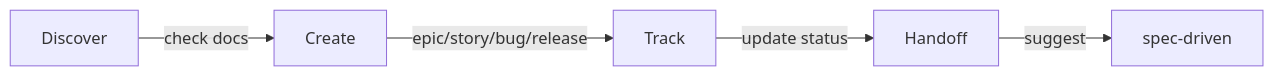
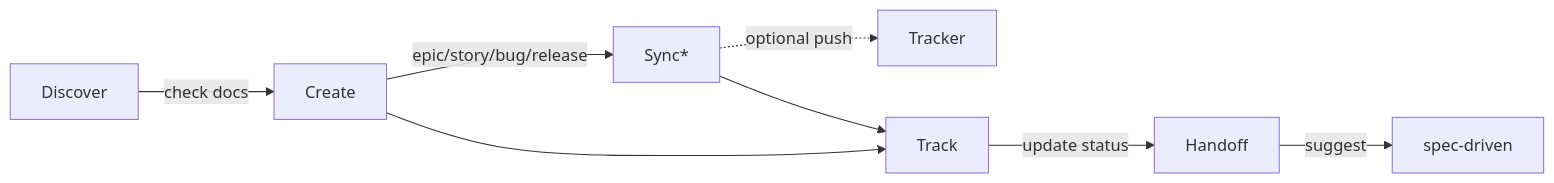
The diagram in skills/(product)/epic-tracker/README.md (adeonir/agent-skills), drawn with Mermaid before and after one commit. The commit also changed other lines of this file and 17 other files, not shown here.

Commit message:
feat: add optional tracker integration to epic-tracker

````diff
--- a/skills/(product)/epic-tracker/README.md
+++ b/skills/(product)/epic-tracker/README.md
@@ -13,7 +13,10 @@
 ```mermaid
 flowchart LR
     D[Discover] -->|check docs| C[Create]
-    C -->|epic/story/bug/release| T[Track]
+    C -->|epic/story/bug/release| S[Sync*]
+    S -.->|optional push| TR[Tracker]
+    C --> T[Track]
+    S --> T
     T -->|update status| H[Handoff]
     H -->|suggest| SD[spec-driven]
 ```
````
